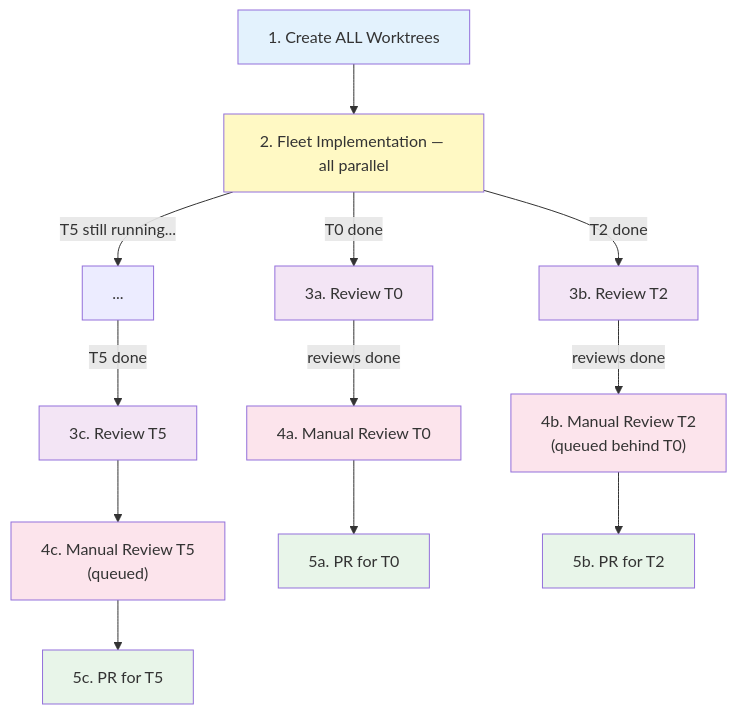
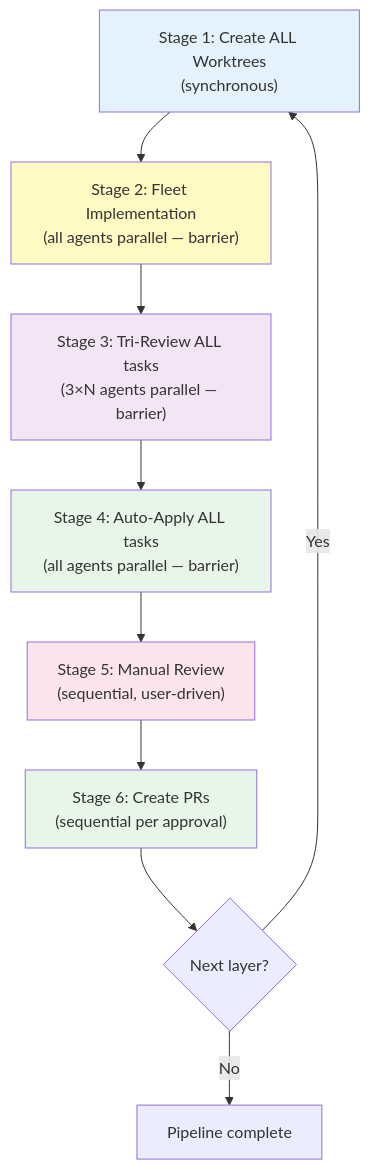
One commit to Arithmomaniac/copilot-plugins changed the first of 5 diagrams in skills/fleet-orchestrated-pipeline/references/inner-loop.md. Above: the diagram before and after it, drawn with Mermaid. The commit also changed other lines of this file and 4 other files, not shown here.

````diff
--- a/skills/fleet-orchestrated-pipeline/references/inner-loop.md
+++ b/skills/fleet-orchestrated-pipeline/references/inner-loop.md
@@ -5,29 +5,18 @@
 ```mermaid
 graph TD
-    W[1. Create ALL Worktrees] --> F[2. Fleet Implementation — all parallel]
-
-    F --> |"T0 done"| R0[3a. Review T0]
-    F --> |"T2 done"| R2[3b. Review T2]
-    F --> |"T5 still running..."| wait["..."]
-
-    R0 --> |"reviews done"| M0[4a. Manual Review T0]
-    R2 --> |"reviews done"| M2["4b. Manual Review T2<br/>(queued behind T0)"]
-    wait --> |"T5 done"| R5[3c. Review T5]
-    R5 --> M5["4c. Manual Review T5<br/>(queued)"]
-
-    M0 --> P0[5a. PR for T0]
-    M2 --> P2[5b. PR for T2]
-    M5 --> P5[5c. PR for T5]
+    W["Stage 1: Create ALL Worktrees<br/>(synchronous)"] --> F["Stage 2: Fleet Implementation<br/>(all agents parallel — barrier)"]
+    F --> R["Stage 3: Tri-Review ALL tasks<br/>(3×N agents parallel — barrier)"]
+    R --> A["Stage 4: Auto-Apply ALL tasks<br/>(all agents parallel — barrier)"]
+    A --> M["Stage 5: Manual Review<br/>(sequential, user-driven)"]
+    M --> P["Stage 6: Create PRs<br/>(sequential per approval)"]
+    P --> Next{"Next layer?"}
+    Next -->|Yes| W
+    Next -->|No| Done[Pipeline complete]
 
     style W fill:#e3f2fd
     style F fill:#fff9c4
-    style R0 fill:#f3e5f5
-    style R2 fill:#f3e5f5
-    style R5 fill:#f3e5f5
-    style M0 fill:#fce4ec
-    style M2 fill:#fce4ec
-    style M5 fill:#fce4ec
-    style P0 fill:#e8f5e9
-    style P2 fill:#e8f5e9
-    style P5 fill:#e8f5e9
+    style R fill:#f3e5f5
+    style A fill:#e8f5e9
+    style M fill:#fce4ec
+    style P fill:#e8f5e9
 ```
````
